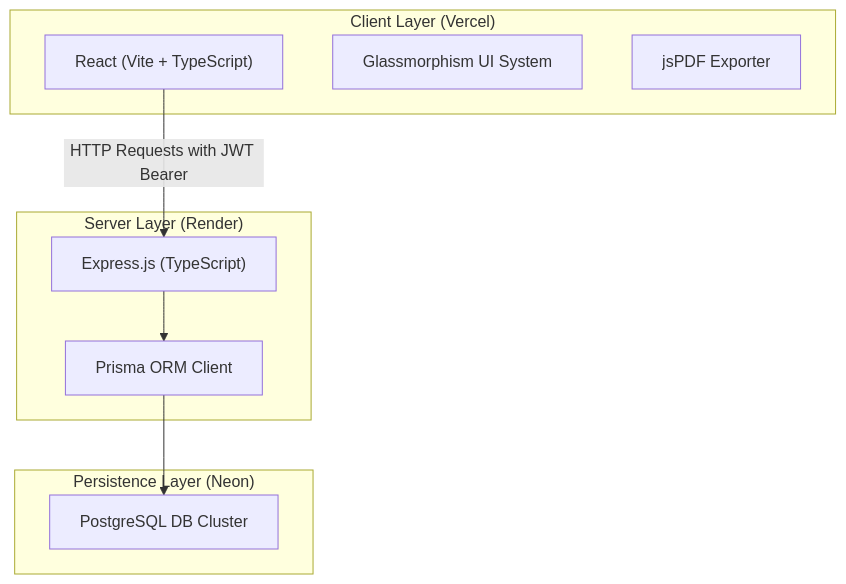
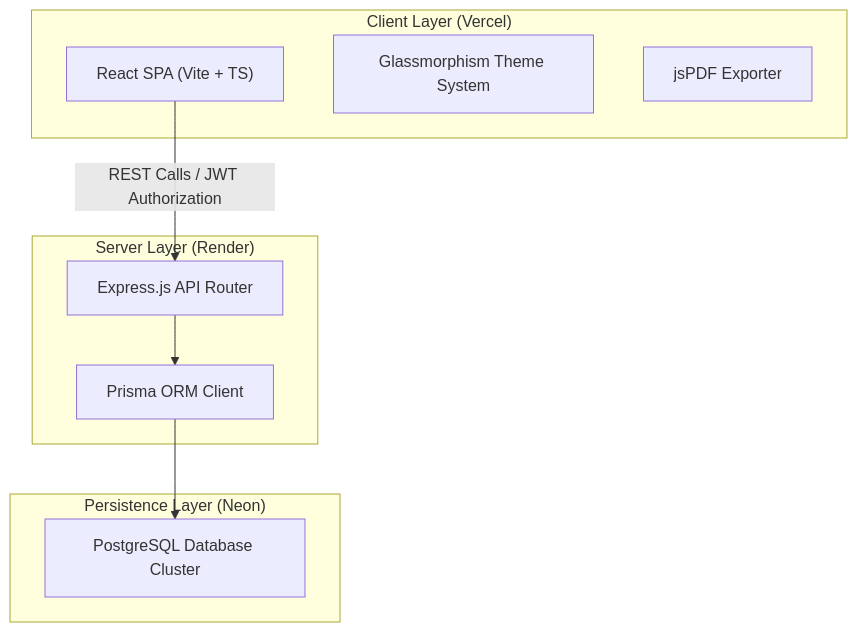
One commit to Ojasvimishra/Mini-ERP-CRM-Operations-Portal-Documentation changed the diagram in README.md. Above: the diagram before and after it, drawn with Mermaid. The commit also changed other lines of this file, not shown here.

Commit message:
Enhance README with collapsible API panels and detailed guides

````diff
--- a/README.md
+++ b/README.md
@@ -30,21 +42,21 @@
 ```mermaid
 graph TD
     subgraph Client ["Client Layer (Vercel)"]
-        React["React (Vite + TypeScript)"]
-        CSS["Glassmorphism UI System"]
+        React["React SPA (Vite + TS)"]
+        CSS["Glassmorphism Theme System"]
         PDF["jsPDF Exporter"]
     end
 
     subgraph Server ["Server Layer (Render)"]
-        Express["Express.js (TypeScript)"]
+        Express["Express.js API Router"]
         Prisma["Prisma ORM Client"]
     end
 
     subgraph Database ["Persistence Layer (Neon)"]
-        Postgres["PostgreSQL DB Cluster"]
+        Postgres["PostgreSQL Database Cluster"]
     end
 
-    React -->|HTTP Requests with JWT Bearer| Express
+    React -->|REST Calls / JWT Authorization| Express
     Express --> Prisma
     Prisma --> Postgres
 ```
````
